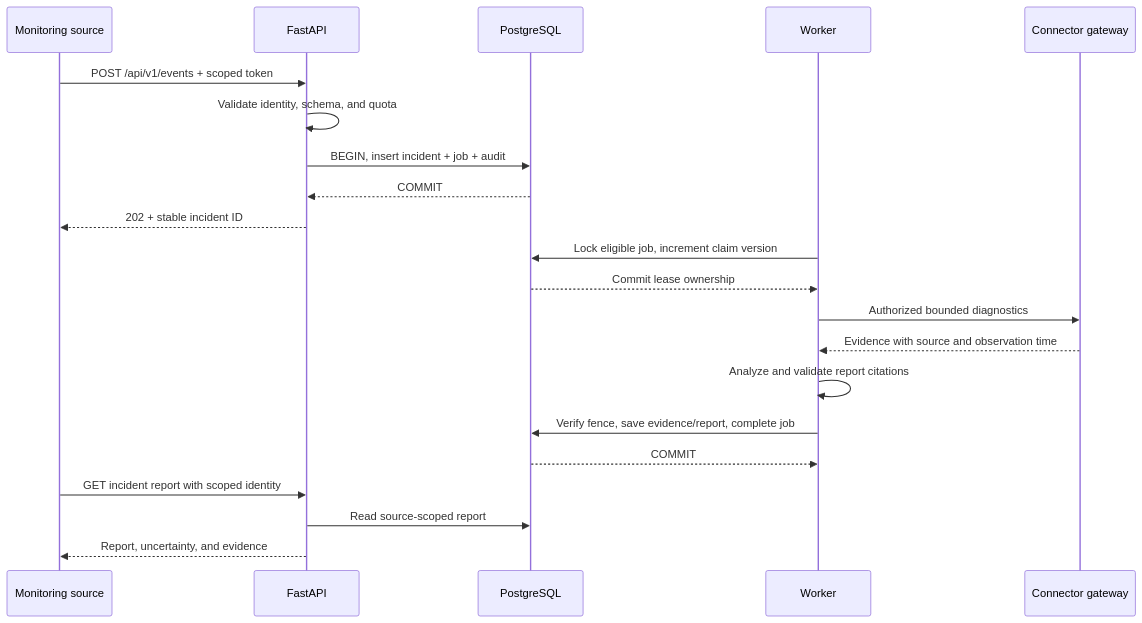
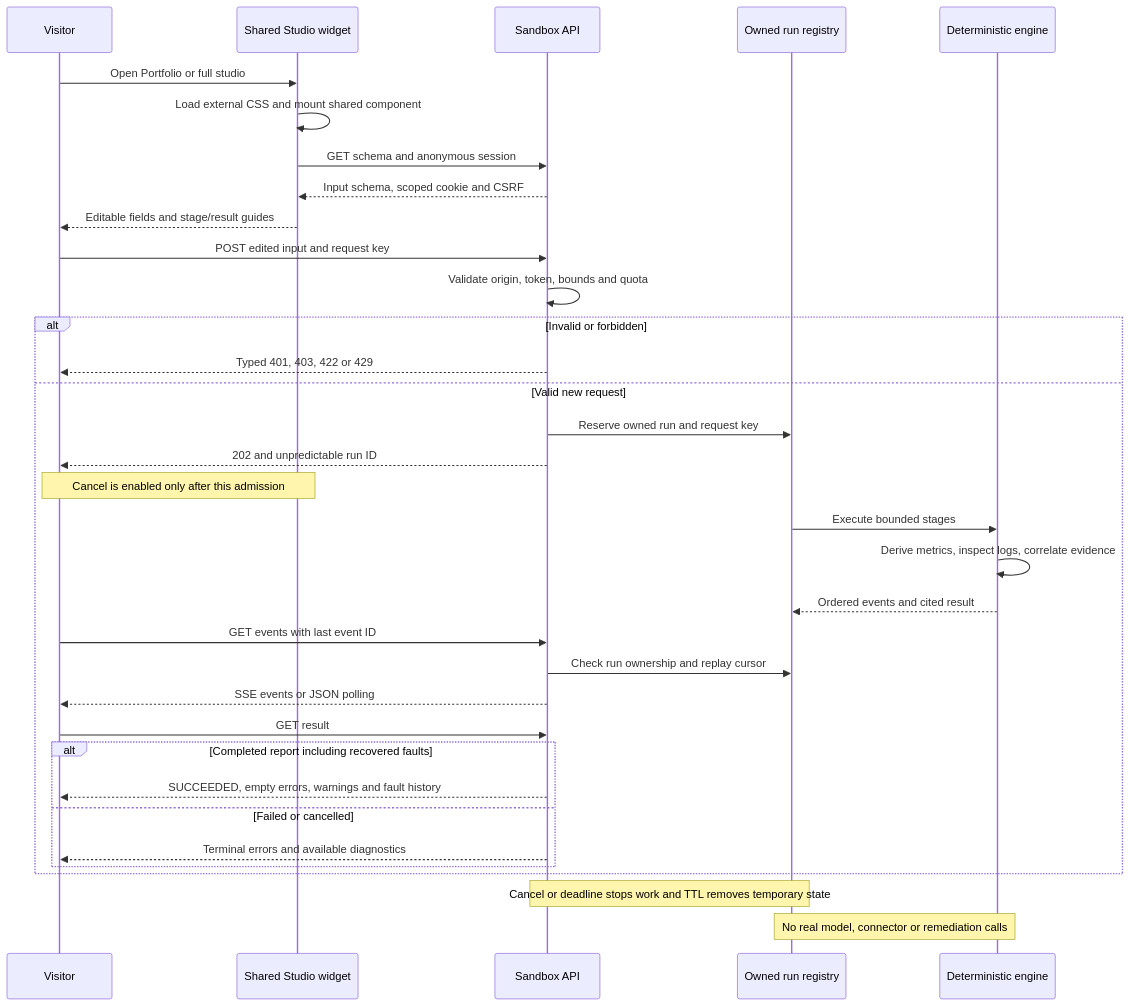
The third of 4 diagrams in docs/ARCHITECTURE.md (prasanthp01/resolveai), drawn with Mermaid before and after one commit. The commit also changed other lines of this file and 237 other files, not shown here.

````diff
--- a/docs/ARCHITECTURE.md
+++ b/docs/ARCHITECTURE.md
@@ -106,23 +176,36 @@
 ```mermaid
 sequenceDiagram
- participant S as Monitoring source
- participant A as FastAPI
- participant P as PostgreSQL
- participant W as Worker
- participant C as Connector gateway
- S->>A: POST /api/v1/events + scoped token
- A->>A: Validate identity, schema, and quota
- A->>P: BEGIN, insert incident + job + audit
- P-->>A: COMMIT
- A-->>S: 202 + stable incident ID
- W->>P: Lock eligible job, increment claim version
- P-->>W: Commit lease ownership
- W->>C: Authorized bounded diagnostics
- C-->>W: Evidence with source and observation time
- W->>W: Analyze and validate report citations
- W->>P: Verify fence, save evidence/report, complete job
- P-->>W: COMMIT
- S->>A: GET incident report with scoped identity
- A->>P: Read source-scoped report
- A-->>S: Report, uncertainty, and evidence
+ participant V as Visitor
+ participant W as Shared Studio widget
+ participant A as Sandbox API
+ participant R as Owned run registry
+ participant E as Deterministic engine
+ V->>W: Open Portfolio or full studio
+ W->>W: Load external CSS and mount shared component
+ W->>A: GET schema and anonymous session
+ A-->>W: Input schema, scoped cookie and CSRF
+ W-->>V: Editable fields and stage/result guides
+ V->>A: POST edited input and request key
+ A->>A: Validate origin, token, bounds and quota
+ alt Invalid or forbidden
+ A-->>V: Typed 401, 403, 422 or 429
+ else Valid new request
+ A->>R: Reserve owned run and request key
+ A-->>V: 202 and unpredictable run ID
+ Note over V,W: Cancel is enabled only after this admission
+ R->>E: Execute bounded stages
+ E->>E: Derive metrics, inspect logs, correlate evidence
+ E-->>R: Ordered events and cited result
+ V->>A: GET events with last event ID
+ A->>R: Check run ownership and replay cursor
+ A-->>V: SSE events or JSON polling
+ V->>A: GET result
+ alt Completed report including recovered faults
+ A-->>V: SUCCEEDED, empty errors, warnings and fault history
+ else Failed or cancelled
+ A-->>V: Terminal errors and available diagnostics
+ end
+ end
+ Note over A,R: Cancel or deadline stops work and TTL removes temporary state
+ Note over R,E: No real model, connector or remediation calls
 ```
````
